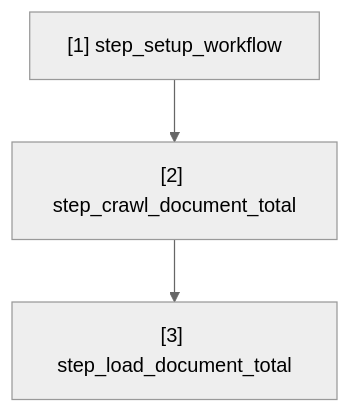
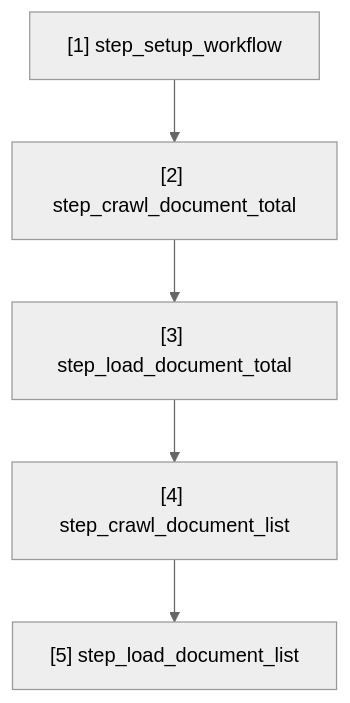
Before and after one commit to 20206205Tech/data-pipeline-vbpl: the diagram in docs/workflow.md, drawn with Mermaid (neutral theme). The commit also changed 10 other files, not shown here.

Commit message:
Add document list crawling and loading steps to the data pipeline workflow

````diff
--- a/docs/workflow.md
+++ b/docs/workflow.md
@@ -3,10 +3,14 @@
 ```mermaid
 flowchart TD
     N1["[1] step_setup_workflow"]
     N2["[2] step_crawl_document_total"]
     N3["[3] step_load_document_total"]
+    N4["[4] step_crawl_document_list"]
+    N5["[5] step_load_document_list"]
 
     %% Các liên kết
     N1 --> N2
     N2 --> N3
+    N3 --> N4
+    N4 --> N5
 ```
````
